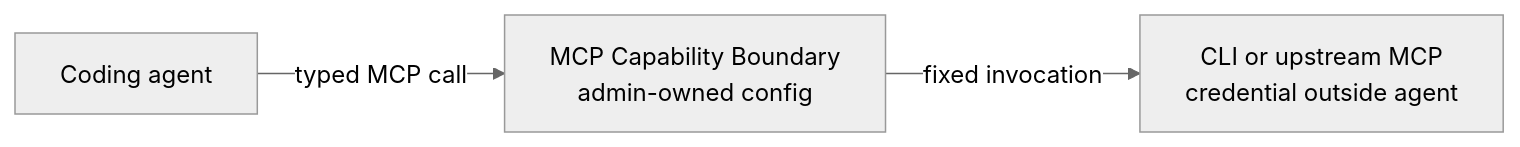
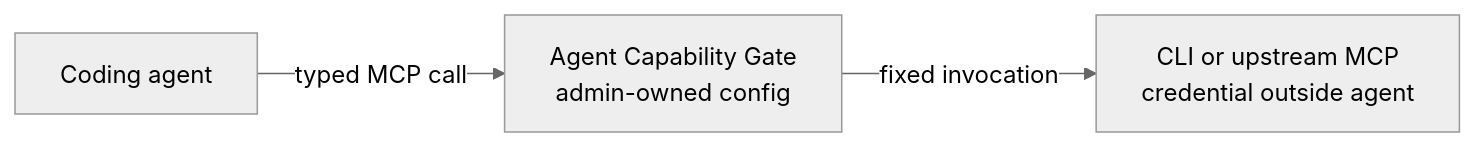
The second of 2 diagrams in docs/usage.md (equanz/agent-capability-gate), drawn with Mermaid (neutral theme) before and after one commit. The commit also changed other lines of this file and 9 other files, not shown here.

Commit message:
docs: align Agent Capability Gate name

````diff
--- a/docs/usage.md
+++ b/docs/usage.md
@@ -25,5 +25,5 @@
 ```mermaid
 flowchart LR
-    A["Coding agent"] -->|"typed MCP call"| B["MCP Capability Boundary<br/>admin-owned config"]
+    A["Coding agent"] -->|"typed MCP call"| B["Agent Capability Gate<br/>admin-owned config"]
     B -->|"fixed invocation"| T["CLI or upstream MCP<br/>credential outside agent"]
 ```
````
